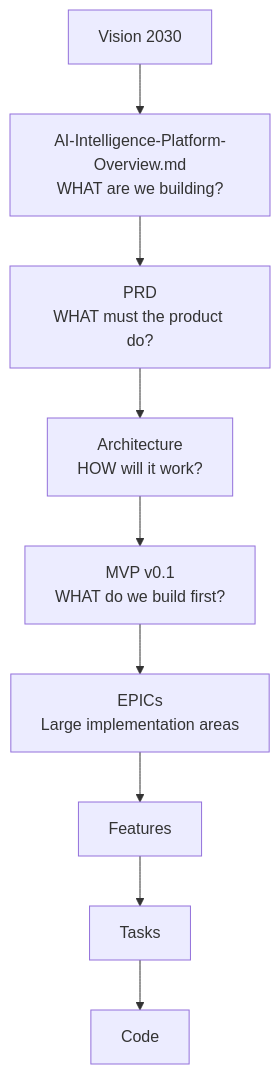
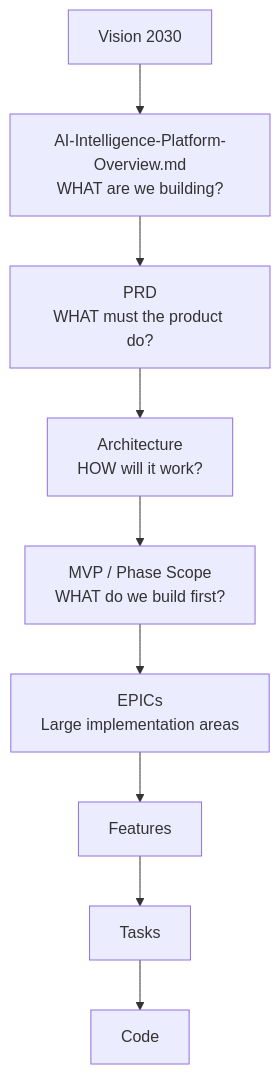
Diagram 13 of 15 in docs/AI-Intelligence-Platform-Overview.md (Milancho/ai-engineering-playbook), drawn with Mermaid before and after one commit. The commit also changed other lines of this file, not shown here.

````diff
--- a/docs/AI-Intelligence-Platform-Overview.md
+++ b/docs/AI-Intelligence-Platform-Overview.md
@@ -257,11 +397,11 @@
 ```mermaid
 flowchart TD
     A[Vision 2030] --> B[AI-Intelligence-Platform-Overview.md<br/>WHAT are we building?]
     B --> C[PRD<br/>WHAT must the product do?]
     C --> D[Architecture<br/>HOW will it work?]
-    D --> E[MVP v0.1<br/>WHAT do we build first?]
+    D --> E[MVP / Phase Scope<br/>WHAT do we build first?]
     E --> F[EPICs<br/>Large implementation areas]
     F --> G[Features]
     G --> H[Tasks]
     H --> I[Code]
 ```
````
